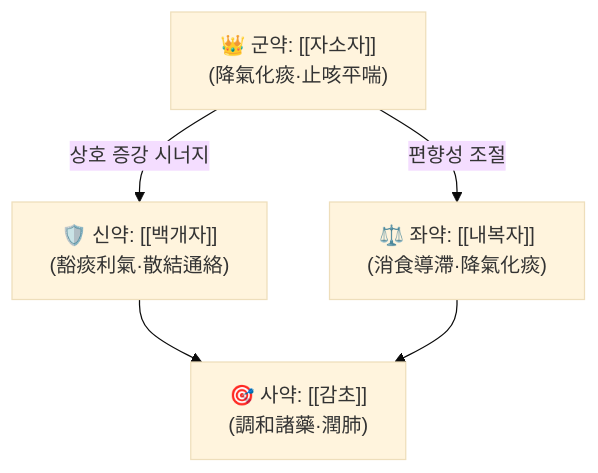
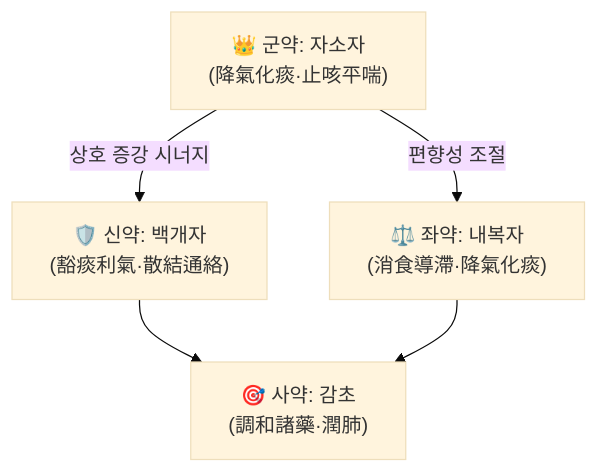
Before and after one commit to simbio11/simbio-digital-garden2: the diagram in content/2. 약리 공부/처방/03_화담·거습·이수제/삼자화담전.md, drawn with Mermaid (base theme). The commit also changed other lines of this file and 323 other files, not shown here.

````diff
--- a/content/2. 약리 공부/처방/03_화담·거습·이수제/삼자화담전.md
+++ b/content/2. 약리 공부/처방/03_화담·거습·이수제/삼자화담전.md
@@ -63,7 +64,7 @@
 ```mermaid
 graph TD
-    Gun["👑 군약: [[자소자]]<br>(降氣化痰·止咳平喘)"] -->|상호 증강 시너지| Sin["🛡️ 신약: [[백개자]]<br>(豁痰利氣·散結通絡)"]
-    Gun -->|편향성 조절| Jwa["⚖️ 좌약: [[내복자]]<br>(消食導滯·降氣化痰)"]
-    Sin --> Sa["🎯 사약: [[감초]]<br>(調和諸藥·潤肺)"]
+    Gun["👑 군약: 자소자<br>(降氣化痰·止咳平喘)"] -->|상호 증강 시너지| Sin["🛡️ 신약: 백개자<br>(豁痰利氣·散結通絡)"]
+    Gun -->|편향성 조절| Jwa["⚖️ 좌약: 내복자<br>(消食導滯·降氣化痰)"]
+    Sin --> Sa["🎯 사약: 감초<br>(調和諸藥·潤肺)"]
     Jwa --> Sa
 ```
````
